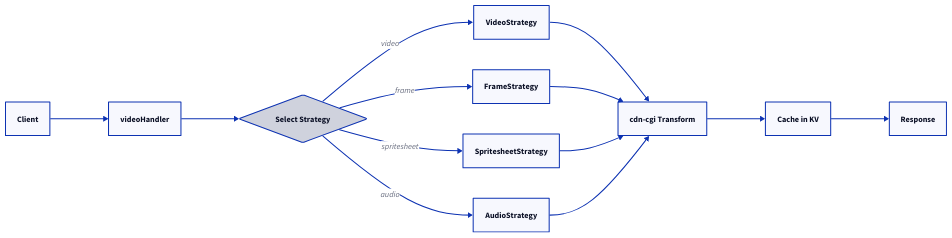
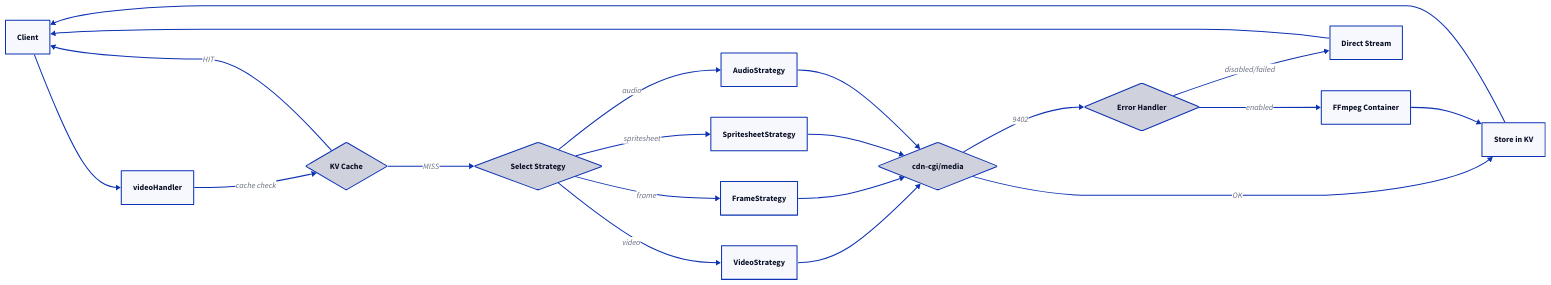
The first of 7 diagrams in src/content/docs/reference/media-transformation-architecture.mdx (erfianugrah/lexicanum), drawn with D2 before and after one commit. The commit also changed other lines of this file, not shown here.

First line of the commit message:
docs: update media transformation architecture with container fallback, KV chunking fixes, and cache key normalization

````diff
--- a/src/content/docs/reference/media-transformation-architecture.mdx
+++ b/src/content/docs/reference/media-transformation-architecture.mdx
@@ -188,29 +319,45 @@
 ```d2
 direction: right
 
 Client -> Handler: ""
-Handler -> Strategy: ""
+Handler -> KV: cache check
+KV -> Client: HIT
+KV -> Strategy: MISS
 Strategy -> VS: video
 Strategy -> FS: frame
 Strategy -> SS: spritesheet
 Strategy -> AS: audio
-VS -> Transform: ""
-FS -> Transform: ""
-SS -> Transform: ""
-AS -> Transform: ""
-Transform -> Cache: ""
-Cache -> Response: ""
+VS -> CdnCgi: ""
+FS -> CdnCgi: ""
+SS -> CdnCgi: ""
+AS -> CdnCgi: ""
+CdnCgi -> Store: OK
+CdnCgi -> ErrorHandler: 9402
+ErrorHandler -> Container: enabled
+ErrorHandler -> DirectStream: disabled/failed
+Container -> Store: ""
+Store -> Client: ""
+DirectStream -> Client: ""
 
 Client: Client
 Handler: videoHandler
+KV: KV Cache {
+  shape: diamond
+}
 Strategy: Select Strategy {
   shape: diamond
 }
 VS: VideoStrategy
 FS: FrameStrategy
 SS: SpritesheetStrategy
 AS: AudioStrategy
-Transform: cdn-cgi Transform
-Cache: Cache in KV
-Response: Response
+CdnCgi: cdn-cgi/media {
+  shape: diamond
+}
+ErrorHandler: Error Handler {
+  shape: diamond
+}
+Container: FFmpeg Container
+DirectStream: Direct Stream
+Store: Store in KV
 ```
````
